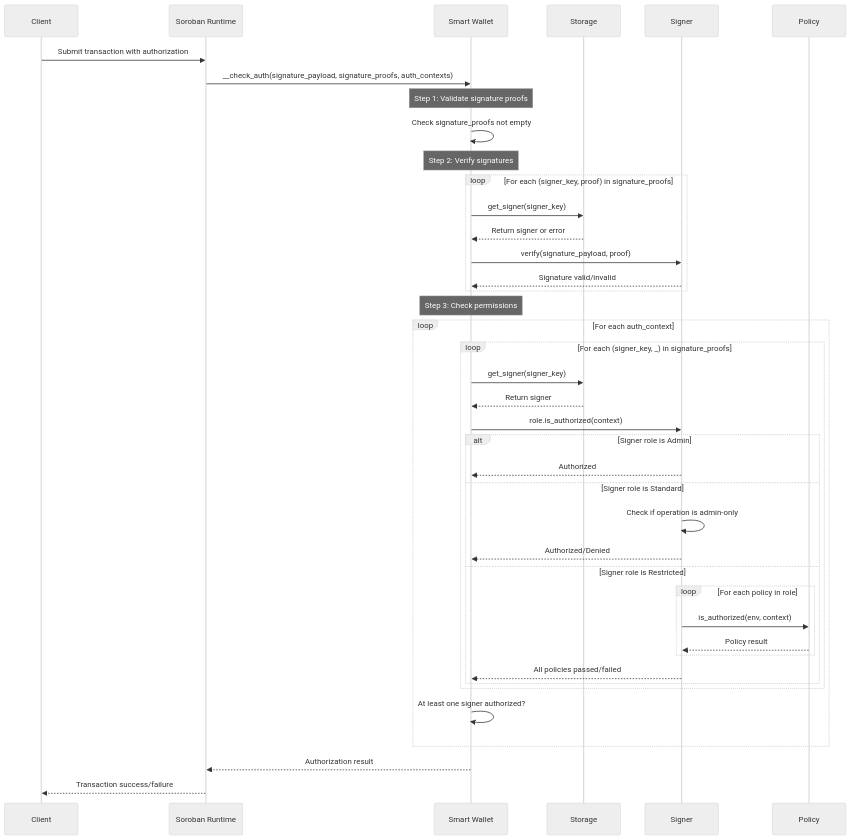
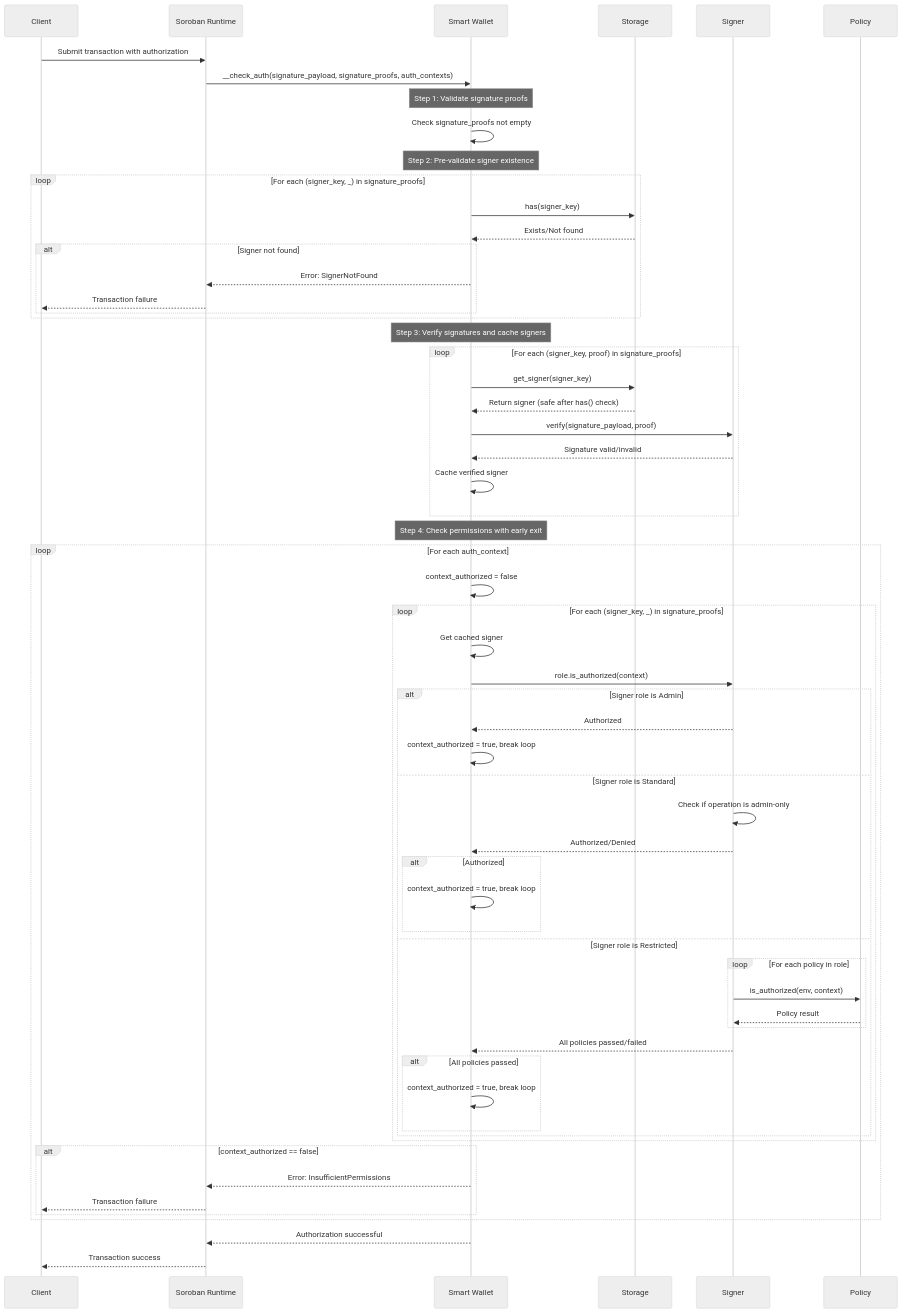
One commit to Crossmint/stellar-smart-account changed the fourth of 5 diagrams in contracts/smart-wallet/README.md. Above: the diagram before and after it, drawn with Mermaid (neutral theme). The commit also changed 1 other file, not shown here.

First paragraph of the commit message:
feat: optimize __check_auth performance (#38)
* feat: optimize __check_auth performance and add gas measurements

````diff
--- a/contracts/smart-wallet/README.md
+++ b/contracts/smart-wallet/README.md
@@ -260,49 +260,70 @@
 ```mermaid
 sequenceDiagram
     participant Client
     participant SorobanRuntime as Soroban Runtime
     participant SmartWallet as Smart Wallet
     participant Storage
     participant Signer
     participant Policy
     
     Client->>SorobanRuntime: Submit transaction with authorization
     SorobanRuntime->>SmartWallet: __check_auth(signature_payload, signature_proofs, auth_contexts)
     
     Note over SmartWallet: Step 1: Validate signature proofs
     SmartWallet->>SmartWallet: Check signature_proofs not empty
     
-    Note over SmartWallet: Step 2: Verify signatures
+    Note over SmartWallet: Step 2: Pre-validate signer existence
+    loop For each (signer_key, _) in signature_proofs
+        SmartWallet->>Storage: has(signer_key)
+        Storage-->>SmartWallet: Exists/Not found
+        alt Signer not found
+            SmartWallet-->>SorobanRuntime: Error: SignerNotFound
+            SorobanRuntime-->>Client: Transaction failure
+        end
+    end
+    
+    Note over SmartWallet: Step 3: Verify signatures and cache signers
     loop For each (signer_key, proof) in signature_proofs
         SmartWallet->>Storage: get_signer(signer_key)
-        Storage-->>SmartWallet: Return signer or error
+        Storage-->>SmartWallet: Return signer (safe after has() check)
         SmartWallet->>Signer: verify(signature_payload, proof)
         Signer-->>SmartWallet: Signature valid/invalid
+        SmartWallet->>SmartWallet: Cache verified signer
     end
     
-    Note over SmartWallet: Step 3: Check permissions
+    Note over SmartWallet: Step 4: Check permissions with early exit
     loop For each auth_context
+        SmartWallet->>SmartWallet: context_authorized = false
         loop For each (signer_key, _) in signature_proofs
-            SmartWallet->>Storage: get_signer(signer_key)
-            Storage-->>SmartWallet: Return signer
+            SmartWallet->>SmartWallet: Get cached signer
             SmartWallet->>Signer: role.is_authorized(context)
             
             alt Signer role is Admin
                 Signer-->>SmartWallet: Authorized
+                SmartWallet->>SmartWallet: context_authorized = true, break loop
             else Signer role is Standard
                 Signer->>Signer: Check if operation is admin-only
                 Signer-->>SmartWallet: Authorized/Denied
+                alt Authorized
+                    SmartWallet->>SmartWallet: context_authorized = true, break loop
+                end
             else Signer role is Restricted
                 loop For each policy in role
                     Signer->>Policy: is_authorized(env, context)
                     Policy-->>Signer: Policy result
                 end
                 Signer-->>SmartWallet: All policies passed/failed
+                alt All policies passed
+                    SmartWallet->>SmartWallet: context_authorized = true, break loop
+                end
             end
         end
-        SmartWallet->>SmartWallet: At least one signer authorized?
+        alt context_authorized == false
+            SmartWallet-->>SorobanRuntime: Error: InsufficientPermissions
+            SorobanRuntime-->>Client: Transaction failure
+        end
     end
     
-    SmartWallet-->>SorobanRuntime: Authorization result
-    SorobanRuntime-->>Client: Transaction success/failure
+    SmartWallet-->>SorobanRuntime: Authorization successful
+    SorobanRuntime-->>Client: Transaction success
 ```
````
